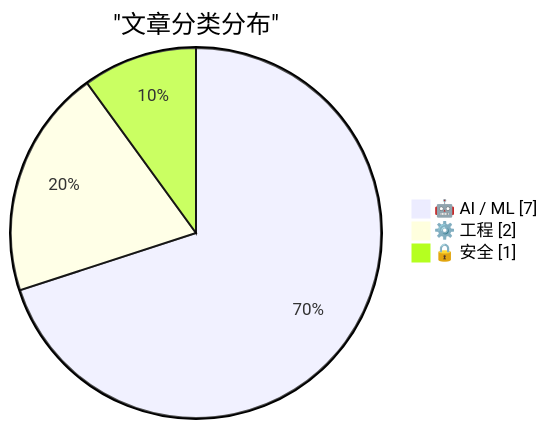
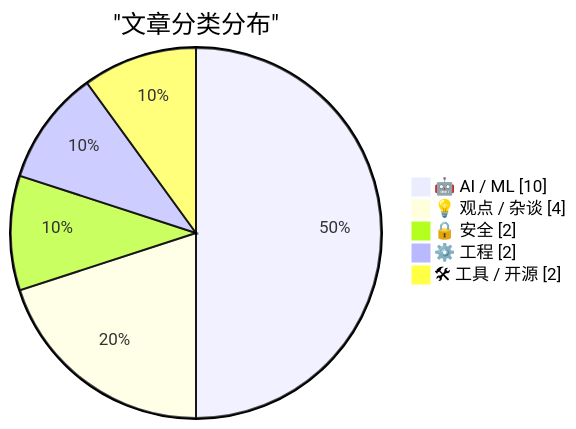
Before and after one commit to vacat/vacat.github.io: the first of 2 diagrams in content/blog/daily-digest-20260314.zh.md, drawn with Mermaid. The commit also changed other lines of this file, not shown here.

````diff
--- a/content/blog/daily-digest-20260314.zh.md
+++ b/content/blog/daily-digest-20260314.zh.md
@@ -54,7 +55,9 @@
 ```mermaid
 pie showData
     title "文章分类分布"
-    "🤖 AI / ML" : 7
+    "🤖 AI / ML" : 10
+    "💡 观点 / 杂谈" : 4
+    "🔒 安全" : 2
     "⚙️ 工程" : 2
-    "🔒 安全" : 1
+    "🛠 工具 / 开源" : 2
 ```
````
